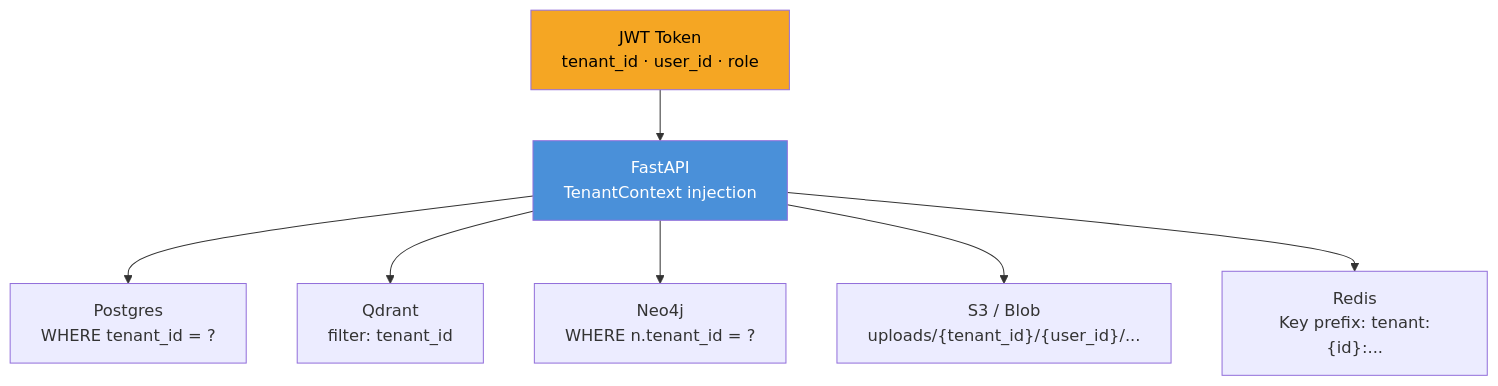
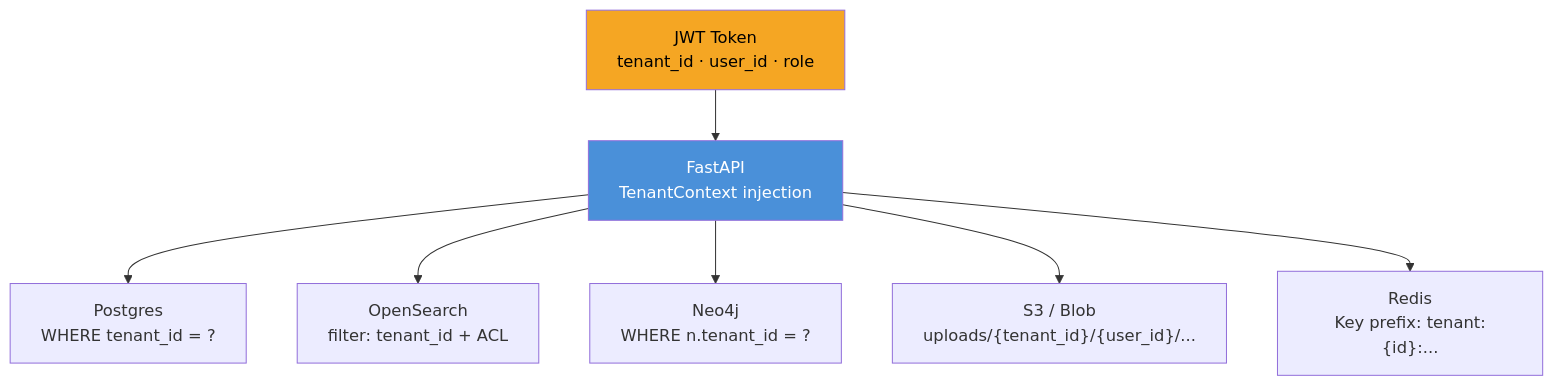
One commit to gpatwa/scalable-rag-pipeline changed the sixth of 8 diagrams in docs/architecture.md. Above: the diagram before and after it, drawn with Mermaid. The commit also changed other lines of this file and 1 other file, not shown here.

Commit message:
docs: align architecture with OpenSearch search plane

````diff
--- a/docs/architecture.md
+++ b/docs/architecture.md
@@ -278,15 +289,15 @@
 ```mermaid
 flowchart TD
     JWT["JWT Token\ntenant_id · user_id · role"]
 
     JWT --> API["FastAPI\nTenantContext injection"]
 
     API --> PG["Postgres\nWHERE tenant_id = ?"]
-    API --> QD["Qdrant\nfilter: tenant_id"]
+    API --> OS["OpenSearch\nfilter: tenant_id + ACL"]
     API --> N4J["Neo4j\nWHERE n.tenant_id = ?"]
     API --> STORE["S3 / Blob\nuploads/{tenant_id}/{user_id}/..."]
     API --> REDIS["Redis\nKey prefix: tenant:{id}:..."]
 
     style JWT fill:#f5a623,color:#000
     style API fill:#4a90d9,color:#fff
 ```
````
